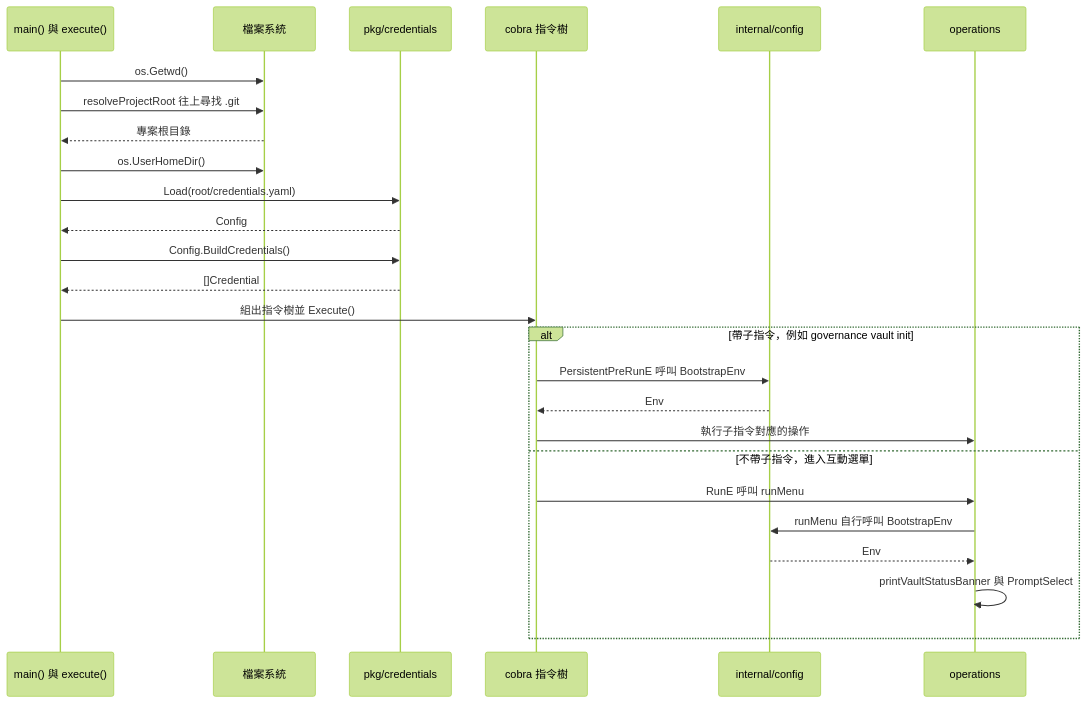
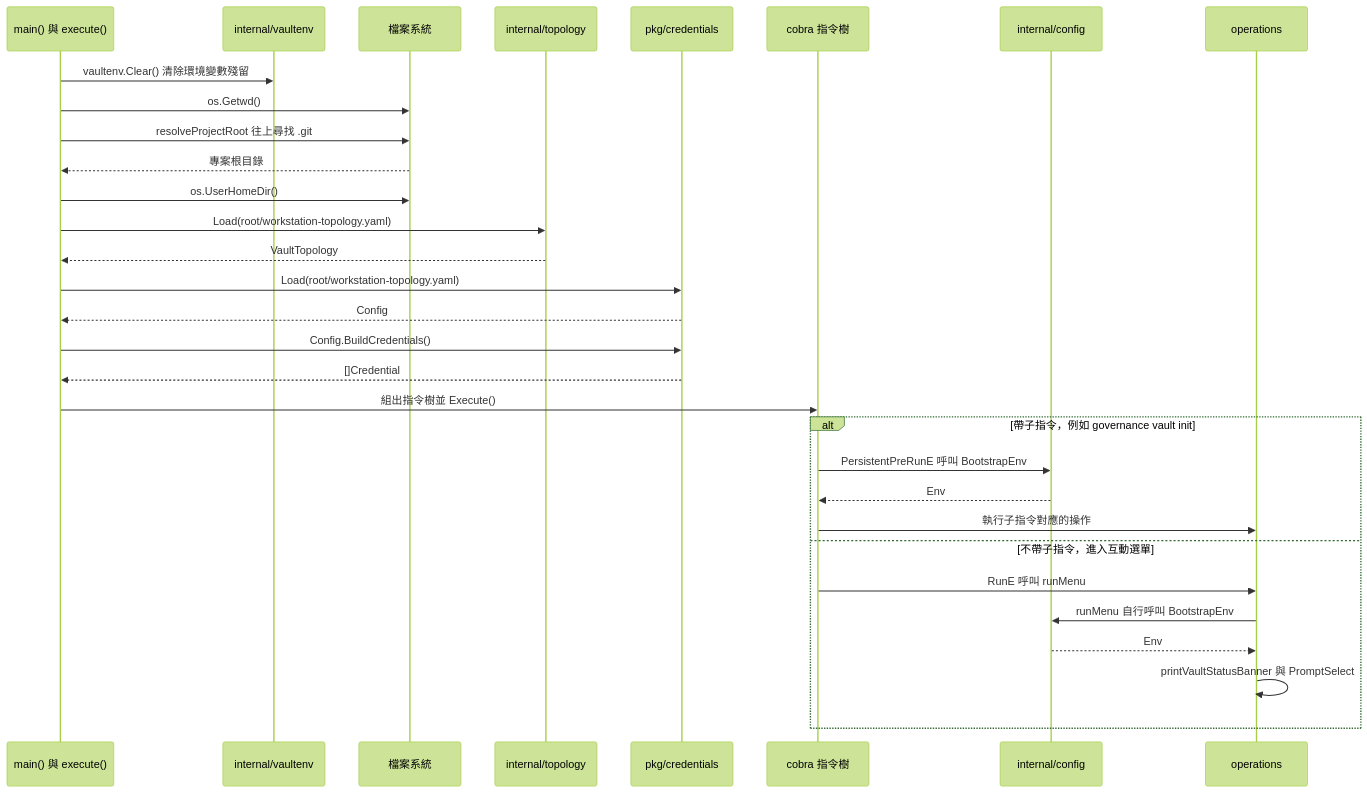
The second of 3 diagrams in tools/governance/README.md (csning1998/parent-group-governance), drawn with Mermaid (forest theme) before and after one commit. The commit also changed other lines of this file and 44 other files, not shown here.

````diff
--- a/tools/governance/README.md
+++ b/tools/governance/README.md
@@ -94,30 +110,35 @@
 ```mermaid
 sequenceDiagram
     participant Main as main() 與 execute()
+    participant VaultEnv as internal/vaultenv
     participant FS as 檔案系統
+    participant Topology as internal/topology
     participant Credentials as pkg/credentials
     participant Cobra as cobra 指令樹
     participant Config as internal/config
     participant Op as operations
 
+    Main->>VaultEnv: vaultenv.Clear() 清除環境變數殘留
     Main->>FS: os.Getwd()
     Main->>FS: resolveProjectRoot 往上尋找 .git
     FS-->>Main: 專案根目錄
     Main->>FS: os.UserHomeDir()
-    Main->>Credentials: Load(root/credentials.yaml)
+    Main->>Topology: Load(root/workstation-topology.yaml)
+    Topology-->>Main: VaultTopology
+    Main->>Credentials: Load(root/workstation-topology.yaml)
     Credentials-->>Main: Config
     Main->>Credentials: Config.BuildCredentials()
     Credentials-->>Main: []Credential
     Main->>Cobra: 組出指令樹並 Execute()
 
     alt 帶子指令，例如 governance vault init
         Cobra->>Config: PersistentPreRunE 呼叫 BootstrapEnv
         Config-->>Cobra: Env
         Cobra->>Op: 執行子指令對應的操作
     else 不帶子指令，進入互動選單
         Cobra->>Op: RunE 呼叫 runMenu
         Op->>Config: runMenu 自行呼叫 BootstrapEnv
         Config-->>Op: Env
         Op->>Op: printVaultStatusBanner 與 PromptSelect
     end
 ```
````
